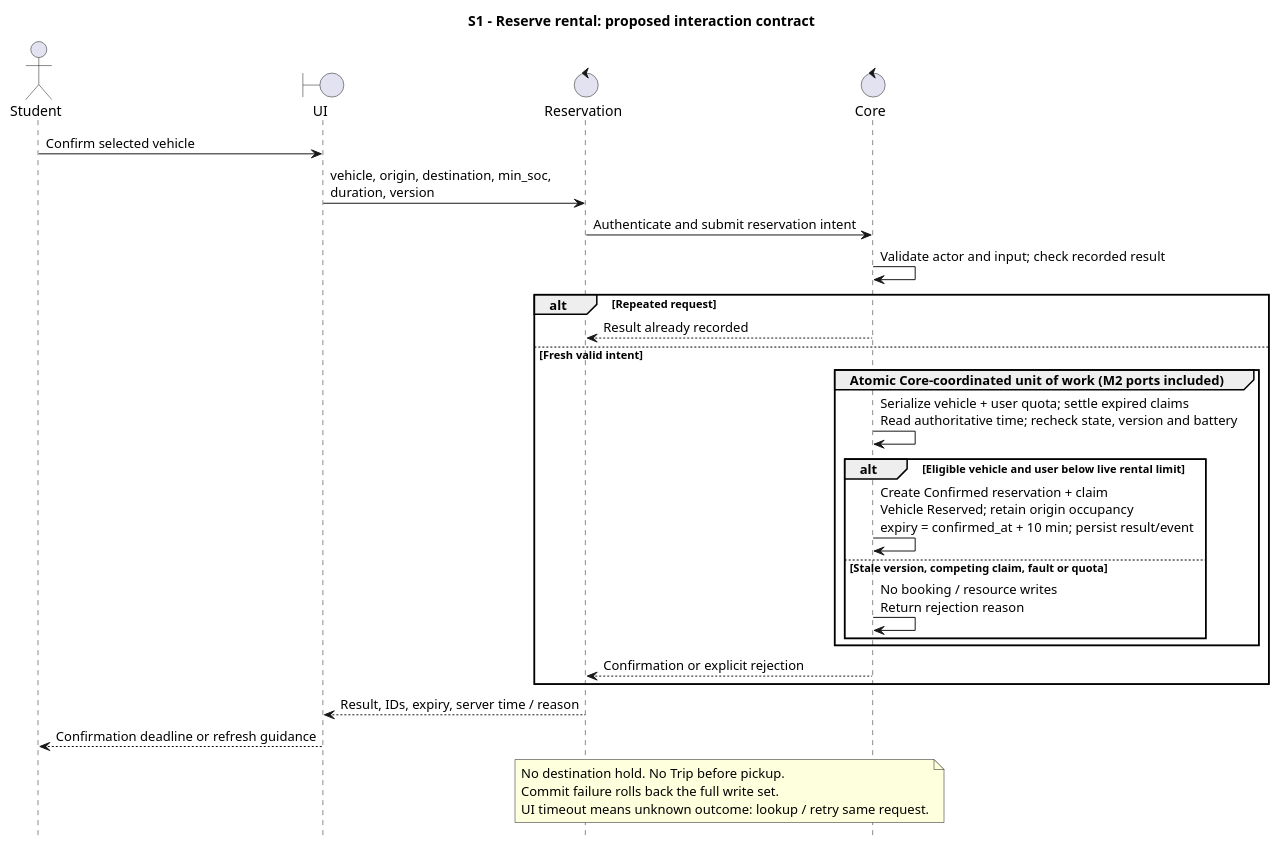
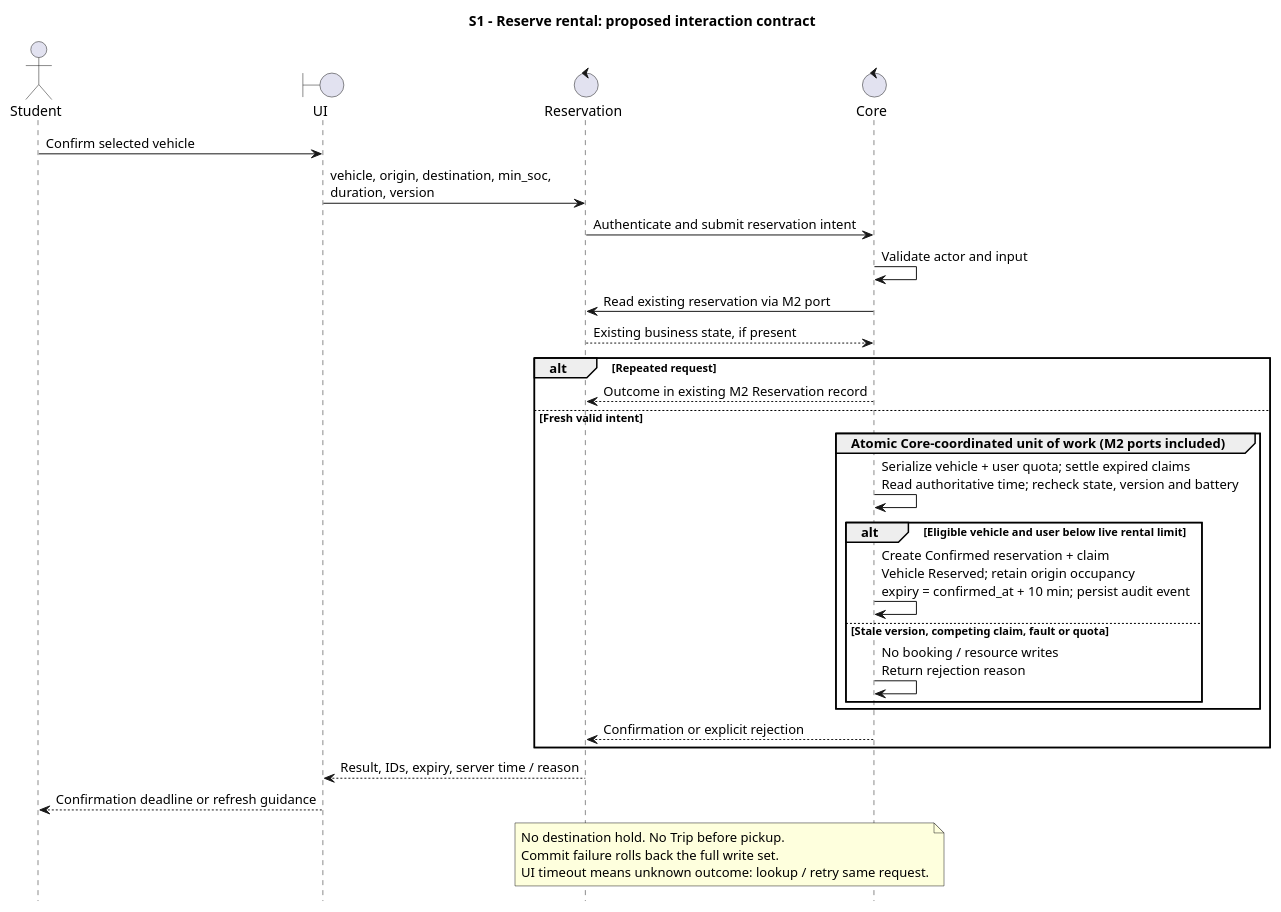
One commit to MabC06/smart-e-mobility-hub changed the diagram in docs/design/behavioral/reservation-diagrams/s1-reserve.puml. Above: the diagram before and after it, drawn with PlantUML. The commit also changed 14 other files, not shown here.

```diff
--- a/docs/design/behavioral/reservation-diagrams/s1-reserve.puml
+++ b/docs/design/behavioral/reservation-diagrams/s1-reserve.puml
@@ -1,34 +1,36 @@
 @startuml
 title S1 - Reserve rental: proposed interaction contract
 skinparam shadowing false
 skinparam defaultFontName Arial
 hide footbox
 actor Student
 boundary UI
 control Reservation
 control Core
 Student -> UI: Confirm selected vehicle
 UI -> Reservation: vehicle, origin, destination, min_soc,\nduration, version
 Reservation -> Core: Authenticate and submit reservation intent
-Core -> Core: Validate actor and input; check recorded result
+Core -> Core: Validate actor and input
+Core -> Reservation: Read existing reservation via M2 port
+Reservation --> Core: Existing business state, if present
 alt Repeated request
-  Core --> Reservation: Result already recorded
+  Core --> Reservation: Outcome in existing M2 Reservation record
 else Fresh valid intent
   group Atomic Core-coordinated unit of work (M2 ports included)
     Core -> Core: Serialize vehicle + user quota; settle expired claims\nRead authoritative time; recheck state, version and battery
     alt Eligible vehicle and user below live rental limit
-      Core -> Core: Create Confirmed reservation + claim\nVehicle Reserved; retain origin occupancy\nexpiry = confirmed_at + 10 min; persist result/event
+      Core -> Core: Create Confirmed reservation + claim\nVehicle Reserved; retain origin occupancy\nexpiry = confirmed_at + 10 min; persist audit event
     else Stale version, competing claim, fault or quota
       Core -> Core: No booking / resource writes\nReturn rejection reason
     end
   end
   Core --> Reservation: Confirmation or explicit rejection
 end
 Reservation --> UI: Result, IDs, expiry, server time / reason
 UI --> Student: Confirmation deadline or refresh guidance
 note over Reservation,Core
   No destination hold. No Trip before pickup.
   Commit failure rolls back the full write set.
   UI timeout means unknown outcome: lookup / retry same request.
 end note
 @enduml
```
